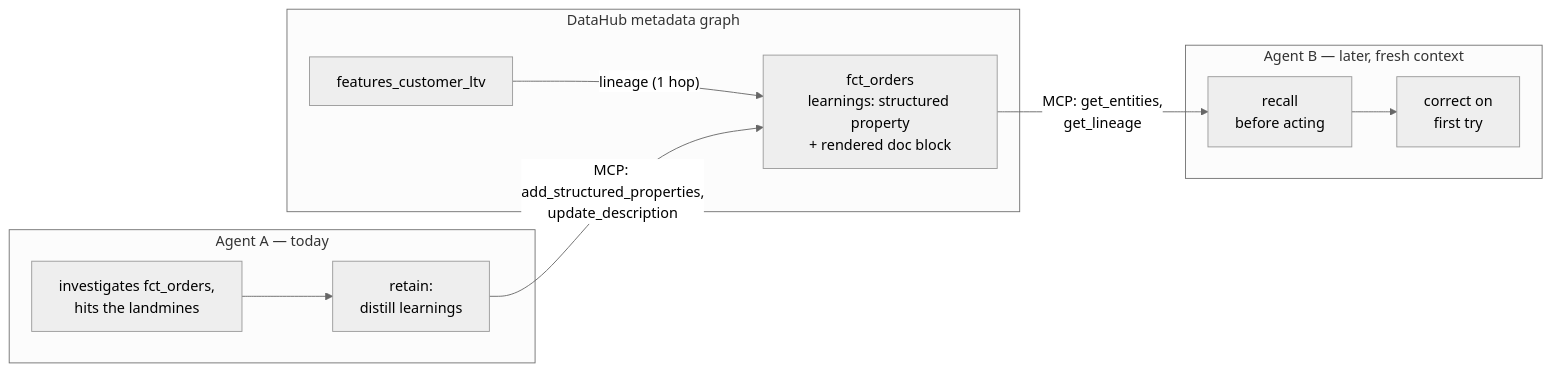
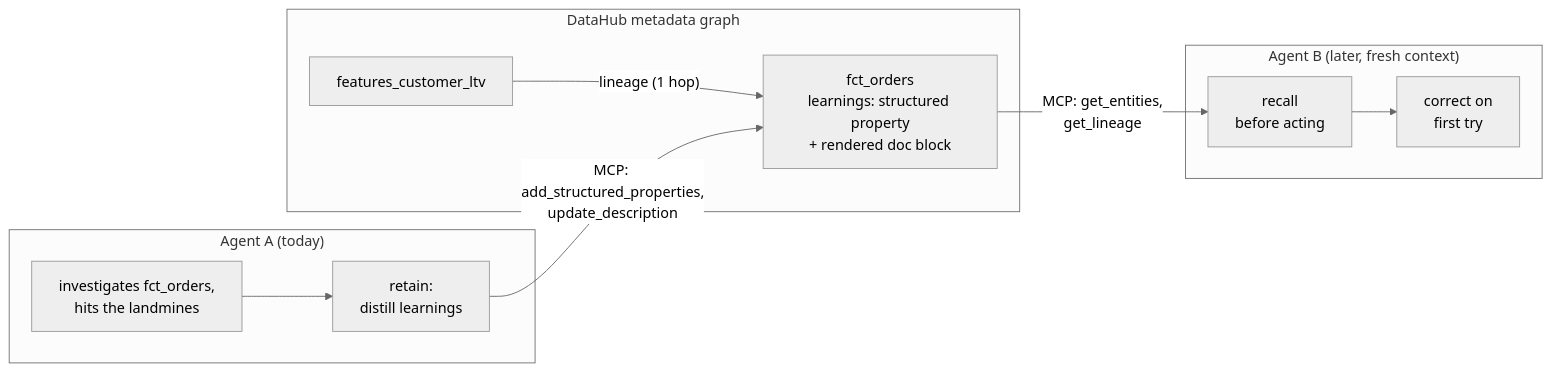
One commit to ravadashreyas/Lore changed the diagram in README.md. Above: the diagram before and after it, drawn with Mermaid (neutral theme). The commit also changed other lines of this file and 24 other files, not shown here.

````diff
--- a/README.md
+++ b/README.md
@@ -9,15 +9,15 @@
 ```mermaid
 flowchart LR
-    subgraph A["Agent A — today"]
+    subgraph A["Agent A (today)"]
         A1["investigates fct_orders,<br/>hits the landmines"] --> A2["retain:<br/>distill learnings"]
     end
     subgraph DH["DataHub metadata graph"]
         FO["fct_orders<br/>learnings: structured property<br/>+ rendered doc block"]
         FV["features_customer_ltv"] -->|"lineage (1 hop)"| FO
     end
-    subgraph B["Agent B — later, fresh context"]
+    subgraph B["Agent B (later, fresh context)"]
         B1["recall<br/>before acting"] --> B2["correct on<br/>first try"]
     end
     A2 -->|"MCP: add_structured_properties,<br/>update_description"| FO
     FO -->|"MCP: get_entities,<br/>get_lineage"| B1
 ```
````
